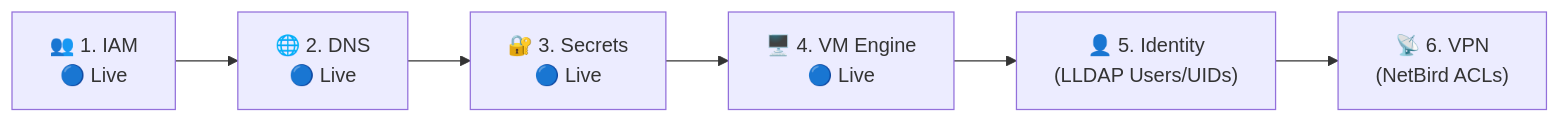
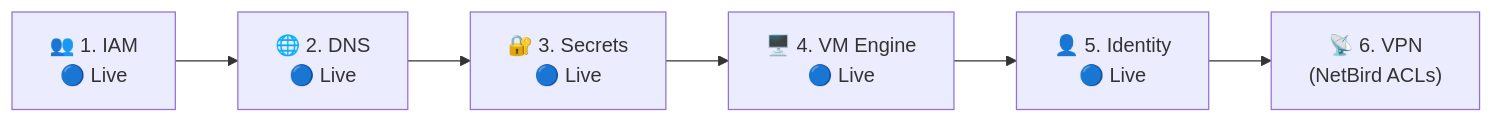
The diagram in mgmt/terraform/README.md (AIT-brainlab/brainlab-base), drawn with Mermaid before and after one commit. The commit also changed other lines of this file and 17 other files, not shown here.

First line of the commit message:
feat(identity): Implement Identity-as-Code module with LLDAP integration

````diff
--- a/mgmt/terraform/README.md
+++ b/mgmt/terraform/README.md
@@ -27,4 +27,4 @@
 ```mermaid
 flowchart LR
-    Seq1["👥 1. IAM<br/>🔵 Live"] --> Seq2["🌐 2. DNS<br/>🔵 Live"] --> Seq3["🔐 3. Secrets<br/>🔵 Live"] --> Seq4["🖥️ 4. VM Engine<br/>🔵 Live"] --> Seq5["👤 5. Identity<br/>(LLDAP Users/UIDs)"] --> Seq6["📡 6. VPN<br/>(NetBird ACLs)"]
+    Seq1["👥 1. IAM<br/>🔵 Live"] --> Seq2["🌐 2. DNS<br/>🔵 Live"] --> Seq3["🔐 3. Secrets<br/>🔵 Live"] --> Seq4["🖥️ 4. VM Engine<br/>🔵 Live"] --> Seq5["👤 5. Identity<br/>🔵 Live"] --> Seq6["📡 6. VPN<br/>(NetBird ACLs)"]
 ```
````
